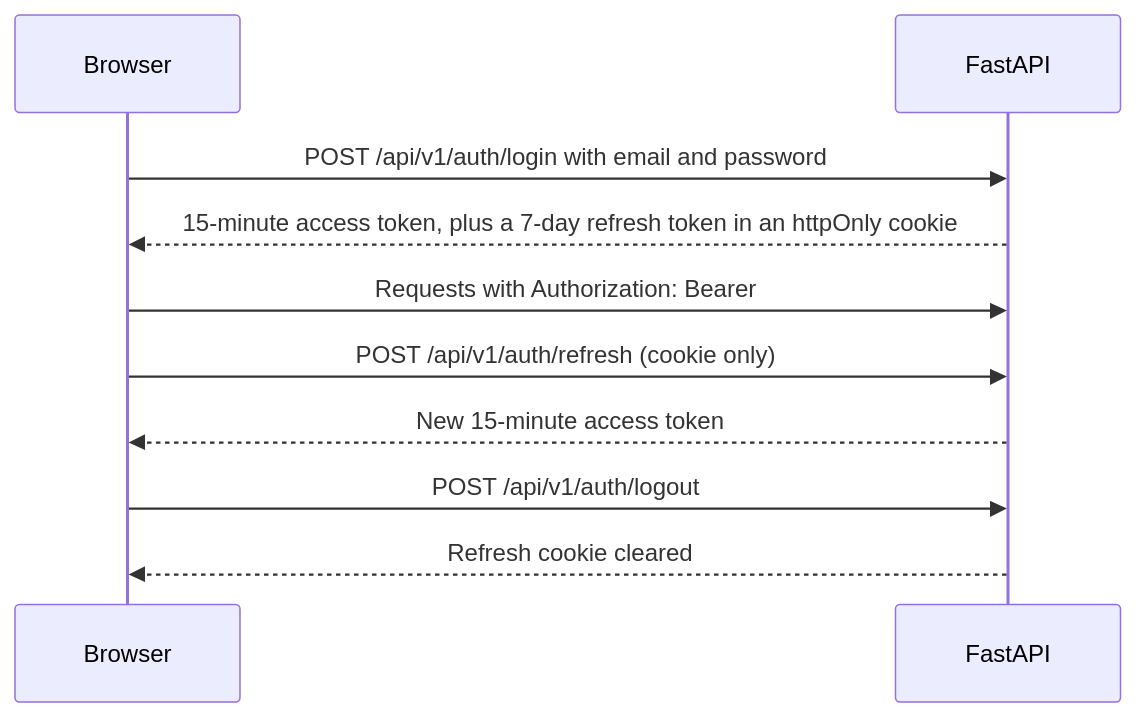
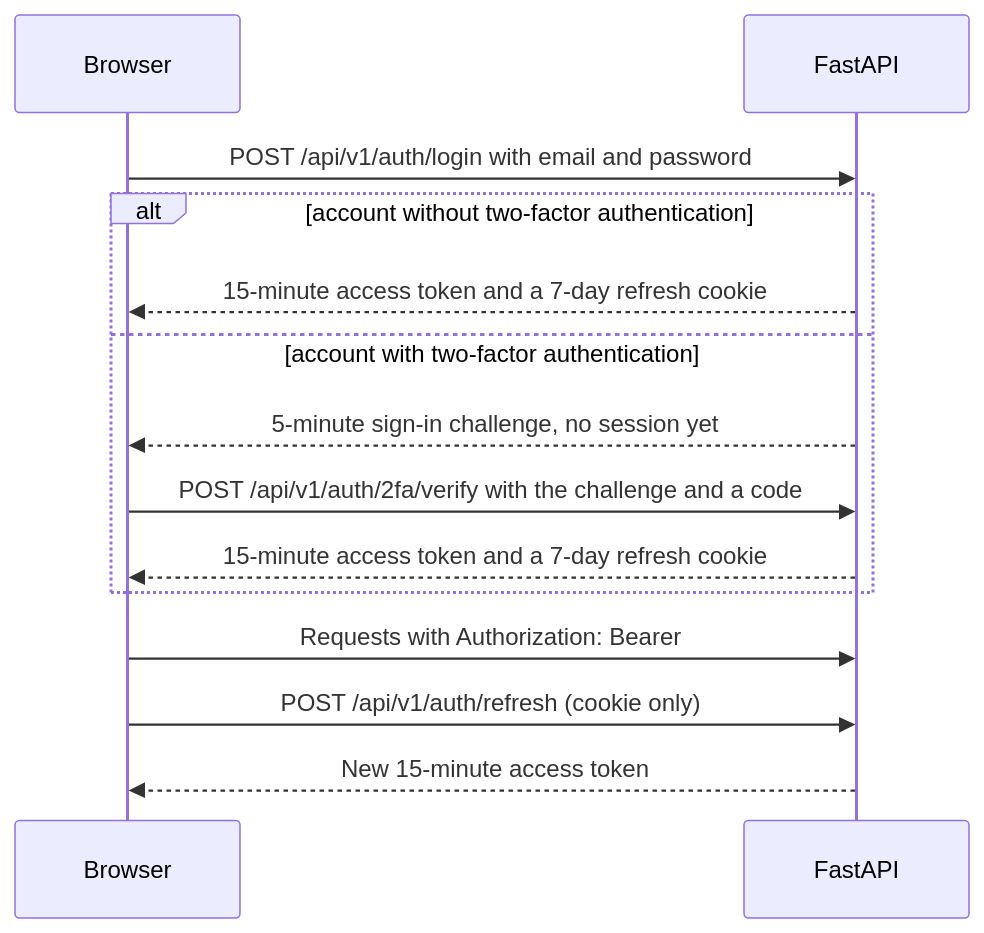
Before and after one commit to phaemos/phaemos: the third of 4 diagrams in docs/architecture.md, drawn with Mermaid. The commit also changed other lines of this file and 27 other files, not shown here.

````diff
--- a/docs/architecture.md
+++ b/docs/architecture.md
@@ -90,13 +90,17 @@
 ```mermaid
 sequenceDiagram
     participant U as Browser
     participant A as FastAPI
 
     U->>A: POST /api/v1/auth/login with email and password
-    A-->>U: 15-minute access token, plus a 7-day refresh token in an httpOnly cookie
+    alt account without two-factor authentication
+        A-->>U: 15-minute access token and a 7-day refresh cookie
+    else account with two-factor authentication
+        A-->>U: 5-minute sign-in challenge, no session yet
+        U->>A: POST /api/v1/auth/2fa/verify with the challenge and a code
+        A-->>U: 15-minute access token and a 7-day refresh cookie
+    end
     U->>A: Requests with Authorization: Bearer
     U->>A: POST /api/v1/auth/refresh (cookie only)
     A-->>U: New 15-minute access token
-    U->>A: POST /api/v1/auth/logout
-    A-->>U: Refresh cookie cleared
 ```
````
